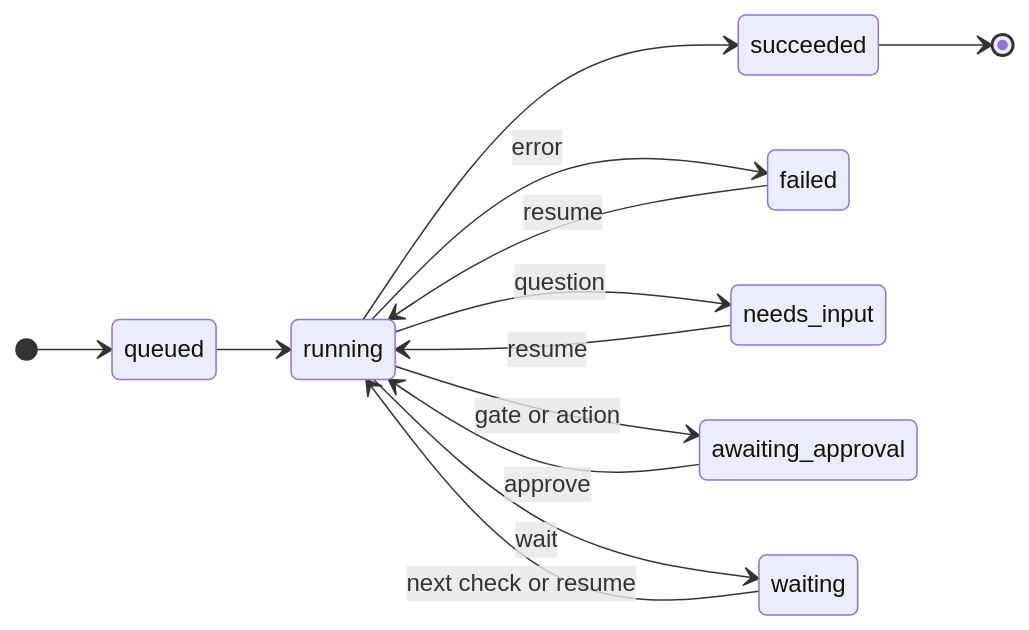
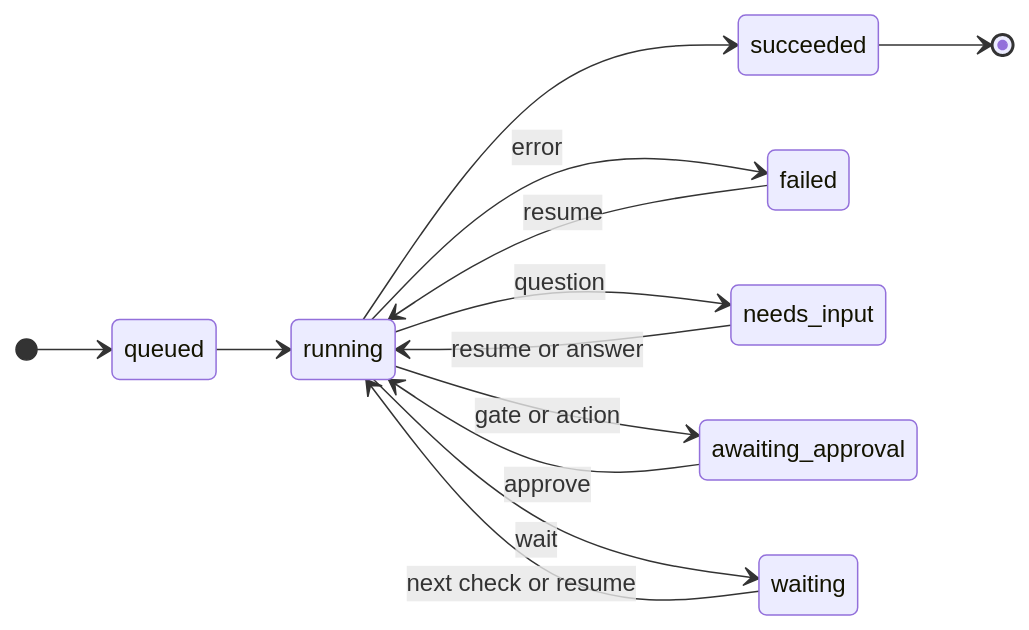
The third of 3 diagrams in README.md (Tight-Line/Hinziel), drawn with Mermaid before and after one commit. The commit also changed other lines of this file and 15 other files, not shown here.

````diff
--- a/README.md
+++ b/README.md
@@ -384,16 +384,16 @@
 ```mermaid
 stateDiagram-v2
     direction LR
     [*] --> queued
     queued --> running
     running --> succeeded
     running --> failed : error
     running --> needs_input : question
     running --> awaiting_approval : gate or action
     running --> waiting : wait
     waiting --> running : next check or resume
     failed --> running : resume
-    needs_input --> running : resume
+    needs_input --> running : resume or answer
     awaiting_approval --> running : approve
     succeeded --> [*]
 ```
````
